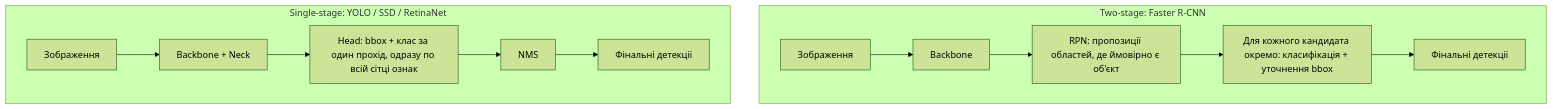
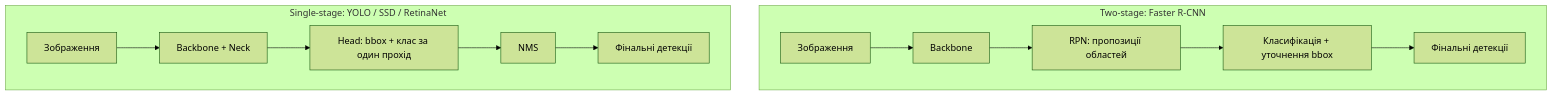
One commit to alisea-natan/aerial_vehicle_detection changed the first of 5 diagrams in guides/unified_cv_ds_engineer_guide.md. Above: the diagram before and after it, drawn with Mermaid (forest theme). The commit also changed other lines of this file, not shown here.

````diff
--- a/guides/unified_cv_ds_engineer_guide.md
+++ b/guides/unified_cv_ds_engineer_guide.md
@@ -151,15 +155,15 @@
 ```mermaid
 flowchart TD
     subgraph TS["Two-stage: Faster R-CNN"]
         A1["Зображення"] --> A2["Backbone"]
-        A2 --> A3["RPN: пропозиції областей,&nbsp;де ймовірно є об'єкт"]
-        A3 --> A4["Для кожного кандидата окремо:&nbsp;класифікація + уточнення bbox"]
+        A2 --> A3["RPN: пропозиції областей"]
+        A3 --> A4["Класифікація + уточнення bbox"]
         A4 --> A5["Фінальні детекції"]
     end
     subgraph SS["Single-stage: YOLO / SSD / RetinaNet"]
         B1["Зображення"] --> B2["Backbone + Neck"]
-        B2 --> B3["Head: bbox + клас за один прохід,&nbsp;одразу по всій сітці ознак"]
+        B2 --> B3["Head: bbox + клас за один прохід"]
         B3 --> B4["NMS"]
         B4 --> B5["Фінальні детекції"]
     end
 ```
````
